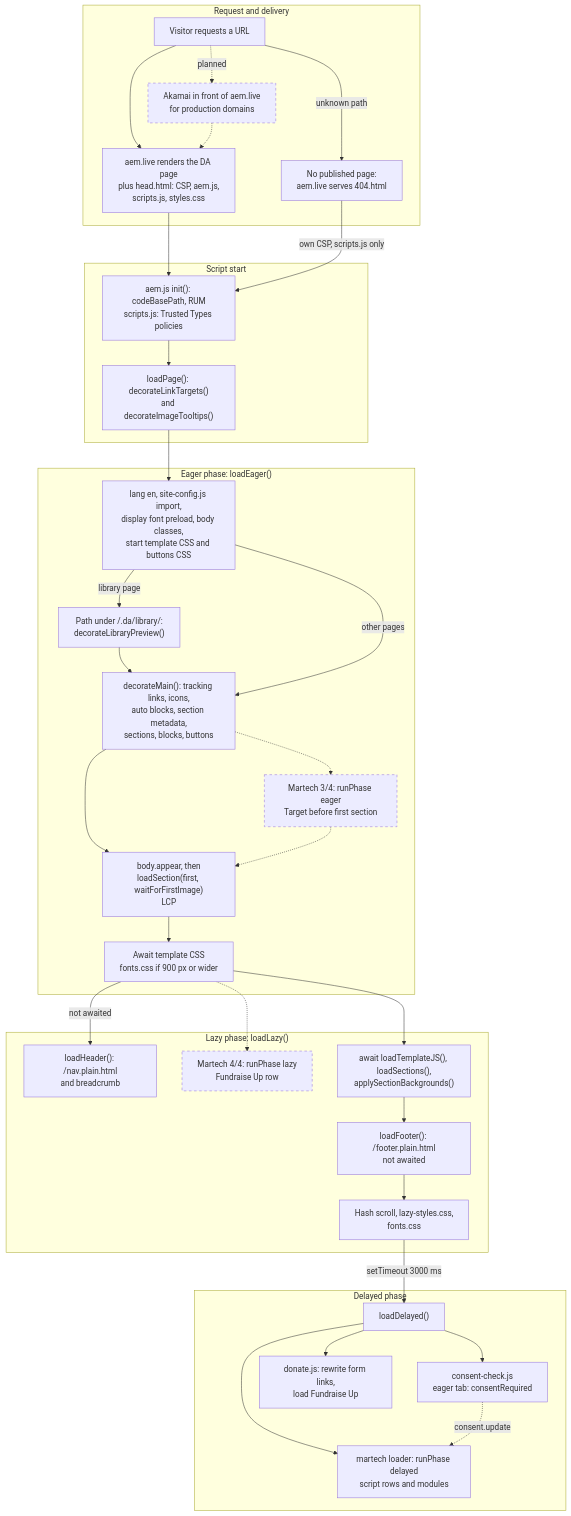
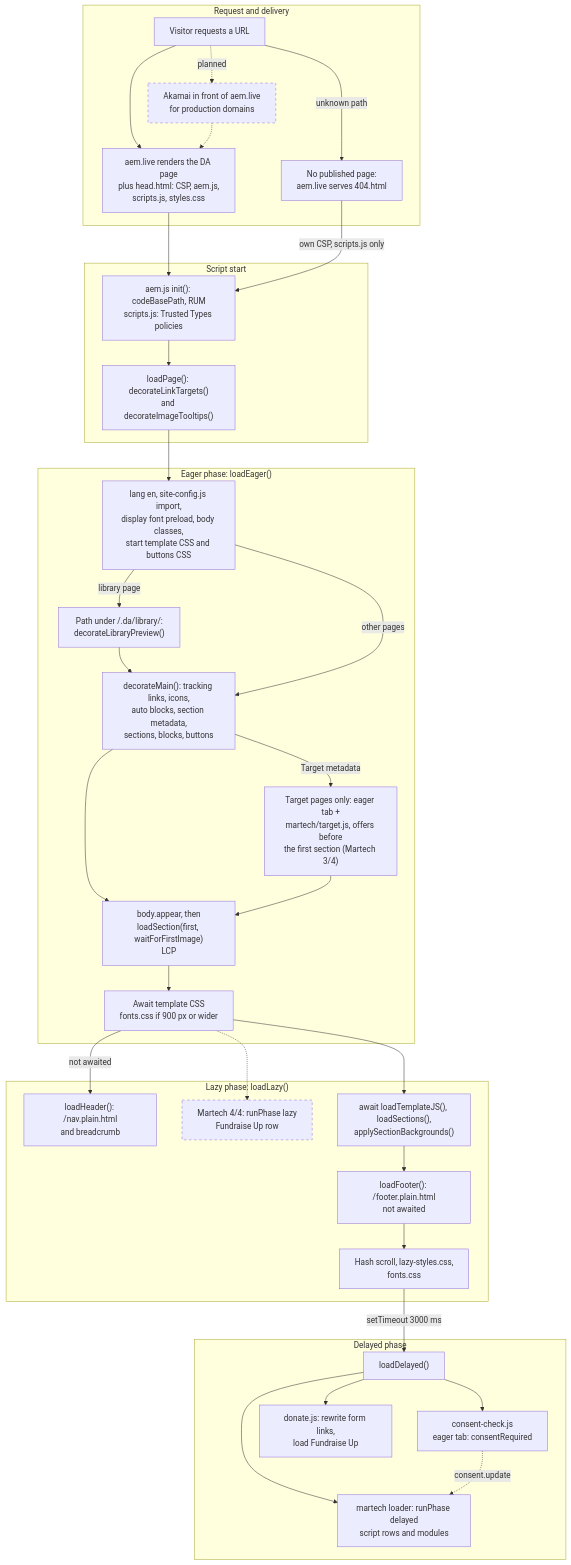
Before and after one commit to aman-kumar24-dev/usta-foundation-site: the second of 8 diagrams in docs/flow.md, drawn with Mermaid. The commit also changed other lines of this file and 5 other files, not shown here.

First line of the commit message:
docs: Target in MARTECH.md, PRD, decisions, flows, architecture + MIGRATION entries for Martech 3/4

````diff
--- a/docs/flow.md
+++ b/docs/flow.md
@@ -71,60 +71,60 @@
 ```mermaid
 flowchart TD
   classDef planned stroke-dasharray: 5 5
   subgraph Delivery["Request and delivery"]
     A["Visitor requests a URL"]
     W["Akamai in front of aem.live<br/>for production domains"]:::planned
     B["aem.live renders the DA page<br/>plus head.html: CSP, aem.js,<br/>scripts.js, styles.css"]
     X["No published page:<br/>aem.live serves 404.html"]
   end
   subgraph Boot["Script start"]
     C["aem.js init(): codeBasePath, RUM<br/>scripts.js: Trusted Types policies"]
     D["loadPage(): decorateLinkTargets()<br/>and decorateImageTooltips()"]
   end
   subgraph Eager["Eager phase: loadEager()"]
     E["lang en, site-config.js import,<br/>display font preload, body classes,<br/>start template CSS and buttons CSS"]
     G["Path under /.da/library/:<br/>decorateLibraryPreview()"]
     H["decorateMain(): tracking links, icons,<br/>auto blocks, section metadata,<br/>sections, blocks, buttons"]
-    T["Martech 3/4: runPhase eager<br/>Target before first section"]:::planned
+    T["Target pages only: eager tab +<br/>martech/target.js, offers before<br/>the first section (Martech 3/4)"]
     I["body.appear, then<br/>loadSection(first, waitForFirstImage)<br/>LCP"]
     J["Await template CSS<br/>fonts.css if 900 px or wider"]
   end
   subgraph Lazy["Lazy phase: loadLazy()"]
     K["loadHeader(): /nav.plain.html<br/>and breadcrumb"]
     U["Martech 4/4: runPhase lazy<br/>Fundraise Up row"]:::planned
     L["await loadTemplateJS(), loadSections(),<br/>applySectionBackgrounds()"]
     M["loadFooter(): /footer.plain.html<br/>not awaited"]
     N["Hash scroll, lazy-styles.css,<br/>fonts.css"]
   end
   subgraph Delayed["Delayed phase"]
     R["loadDelayed()"]
     O["consent-check.js<br/>eager tab: consentRequired"]
     P["donate.js: rewrite form links,<br/>load Fundraise Up"]
     Q["martech loader: runPhase delayed<br/>script rows and modules"]
   end
   A --> B
   A -.->|"planned"| W
   W -.-> B
   A -->|"unknown path"| X
   B --> C
   X -->|"own CSP, scripts.js only"| C
   C --> D
   D --> E
   E -->|"library page"| G
   G --> H
   E -->|"other pages"| H
   H --> I
-  H -.-> T
-  T -.-> I
+  H -->|"Target metadata"| T
+  T --> I
   I --> J
   J -->|"not awaited"| K
   J -.-> U
   J --> L
   L --> M
   M --> N
   N -->|"setTimeout 3000 ms"| R
   R --> O
   R --> P
   R --> Q
   O -.->|"consent.update"| Q
 ```
````
